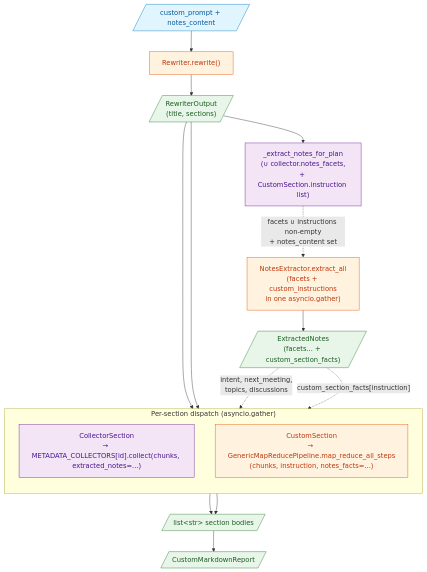
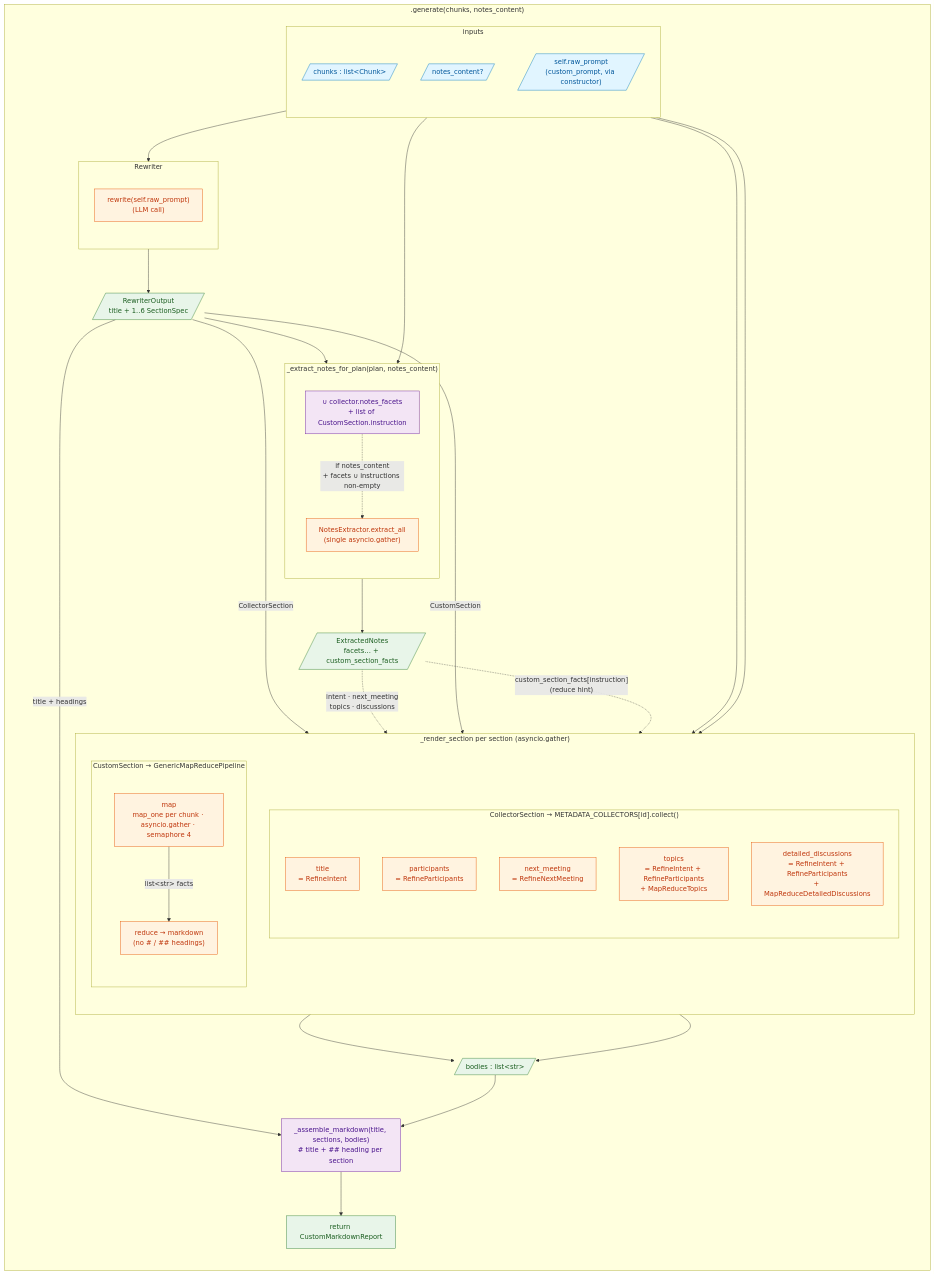
Before and after one commit to IA-Generative/mcr: the third of 3 diagrams in mcr-generation/mcr_generation/docs/generation_pipeline.md, drawn with Mermaid. The commit also changed other lines of this file, not shown here.

````diff
--- a/mcr-generation/mcr_generation/docs/generation_pipeline.md
+++ b/mcr-generation/mcr_generation/docs/generation_pipeline.md
@@ -132,32 +182,84 @@
 ```mermaid
+%%{init: {"flowchart": {"rankSpacing": 80, "nodeSpacing": 55}}}%%
 flowchart TB
+    accTitle: CUSTOM_REPORT — detail of .generate()
+    accDescr {
+      Everything runs inside .generate(chunks, notes_content) of CustomReportGenerator
+      (which delegates to generate_async). Rewriter.rewrite turns self.raw_prompt into
+      a plan; _extract_notes_for_plan extracts notes according to the plan;
+      _render_section renders each section in parallel (a predefined collector reusing
+      the primitives, or GenericMapReducePipeline); _assemble_markdown produces the
+      CustomMarkdownReport.
+    }
+
     classDef io fill:#e1f5ff,stroke:#0277bd,color:#01579b
     classDef proc fill:#f3e5f5,stroke:#6a1b9a,color:#4a148c
     classDef llm fill:#fff3e0,stroke:#e65100,color:#bf360c
     classDef out fill:#e8f5e9,stroke:#2e7d32,color:#1b5e20
 
-    P[/"custom_prompt + notes_content"/]:::io
-    RW["Rewriter.rewrite()"]:::llm
-    PLAN[/"RewriterOutput<br/>(title, sections)"/]:::out
-    FACETS["_extract_notes_for_plan<br/>(∪ collector.notes_facets,<br/>+ CustomSection.instruction list)"]:::proc
-    NX["NotesExtractor.extract_all<br/>(facets + custom_instructions<br/>in one asyncio.gather)"]:::llm
-    EN[/"ExtractedNotes<br/>(facets... + custom_section_facts)"/]:::out
+    subgraph GEN[".generate(chunks, notes_content)"]
+      direction TB
 
-    P --> RW --> PLAN --> FACETS
-    FACETS -.->|"facets ∪ instructions non-empty<br/>+ notes_content set"| NX --> EN
+      subgraph INPUTS["inputs"]
+        direction TB
+        CHUNKS[/"chunks : list&lt;Chunk&gt;"/]:::io
+        NC[/"notes_content?"/]:::io
+        RAW[/"self.raw_prompt<br/>(custom_prompt, via constructor)"/]:::io
+      end
 
-    subgraph DISPATCH["Per-section dispatch (asyncio.gather)"]
-      direction TB
-      CS["CollectorSection<br/>→ METADATA_COLLECTORS[id].collect(chunks, extracted_notes=...)"]:::proc
-      US["CustomSection<br/>→ GenericMapReducePipeline.map_reduce_all_steps<br/>(chunks, instruction, notes_facts=...)"]:::llm
+      subgraph RWB["Rewriter"]
+        direction TB
+        RW["rewrite(self.raw_prompt)<br/>(LLM call)"]:::llm
+      end
+      PLAN[/"RewriterOutput<br/>title + 1..6 SectionSpec"/]:::out
+
+      subgraph NOTESB["_extract_notes_for_plan(plan, notes_content)"]
+        direction TB
+        FACETS["∪ collector.notes_facets<br/>+ list of CustomSection.instruction"]:::proc
+        NX["NotesExtractor.extract_all<br/>(single asyncio.gather)"]:::llm
+        FACETS -.->|"if notes_content<br/>+ facets ∪ instructions non-empty"| NX
+      end
+      EN[/"ExtractedNotes<br/>facets… + custom_section_facts"/]:::out
+
+      subgraph RENDER["_render_section per section (asyncio.gather)"]
+        direction TB
+        subgraph COLL["CollectorSection → METADATA_COLLECTORS[id].collect()"]
+          direction TB
+          C_TITLE["title<br/>= RefineIntent"]:::llm
+          C_PART["participants<br/>= RefineParticipants"]:::llm
+          C_NEXT["next_meeting<br/>= RefineNextMeeting"]:::llm
+          C_TOP["topics<br/>= RefineIntent + RefineParticipants<br/>+ MapReduceTopics"]:::llm
+          C_DISC["detailed_discussions<br/>= RefineIntent + RefineParticipants<br/>+ MapReduceDetailedDiscussions"]:::llm
+        end
+        subgraph GMR["CustomSection → GenericMapReducePipeline"]
+          direction TB
+          G_MAP["map<br/>map_one per chunk · asyncio.gather · semaphore 4"]:::llm
+          G_RED["reduce → markdown<br/>(no # / ## headings)"]:::llm
+          G_MAP -->|"list&lt;str&gt; facts"| G_RED
+        end
+      end
+      BODIES[/"bodies : list&lt;str&gt;"/]:::out
+
+      MD["_assemble_markdown(title, sections, bodies)<br/># title + ## heading per section"]:::proc
+      CMR["return CustomMarkdownReport"]:::out
     end
-    PLAN --> CS & US
-    EN -.->|"intent, next_meeting,<br/>topics, discussions"| CS
-    EN -.->|"custom_section_facts[instruction]"| US
 
-    BODIES[/"list&lt;str&gt; section bodies"/]:::out
-    CS --> BODIES
-    US --> BODIES
-    MD[/"CustomMarkdownReport"/]:::out
+    RAW --> RW
+    RW --> PLAN
+    PLAN --> FACETS
+    NC --> NX
+    NX --> EN
+
+    PLAN -->|"CollectorSection"| COLL
+    PLAN -->|"CustomSection"| G_MAP
+    CHUNKS --> COLL
+    CHUNKS --> G_MAP
+    EN -.->|"intent · next_meeting<br/>topics · discussions"| COLL
+    EN -.->|"custom_section_facts[instruction]<br/>(reduce hint)"| G_RED
+
+    COLL --> BODIES
+    G_RED --> BODIES
+    PLAN -->|"title + headings"| MD
     BODIES --> MD
+    MD --> CMR
 ```
````
